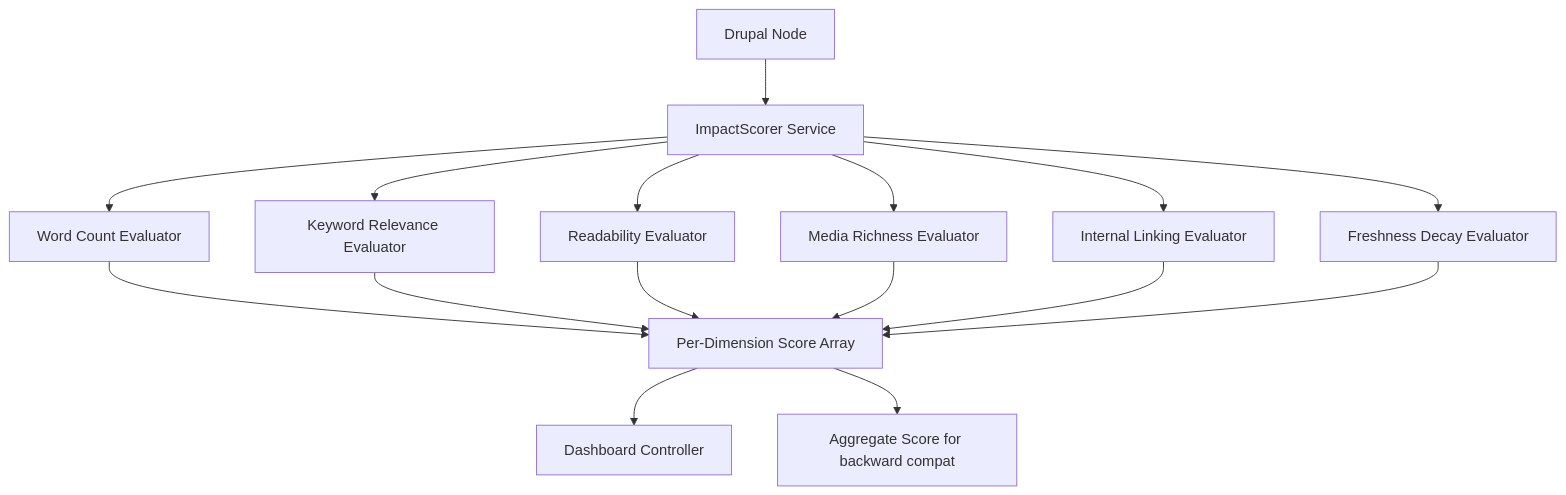
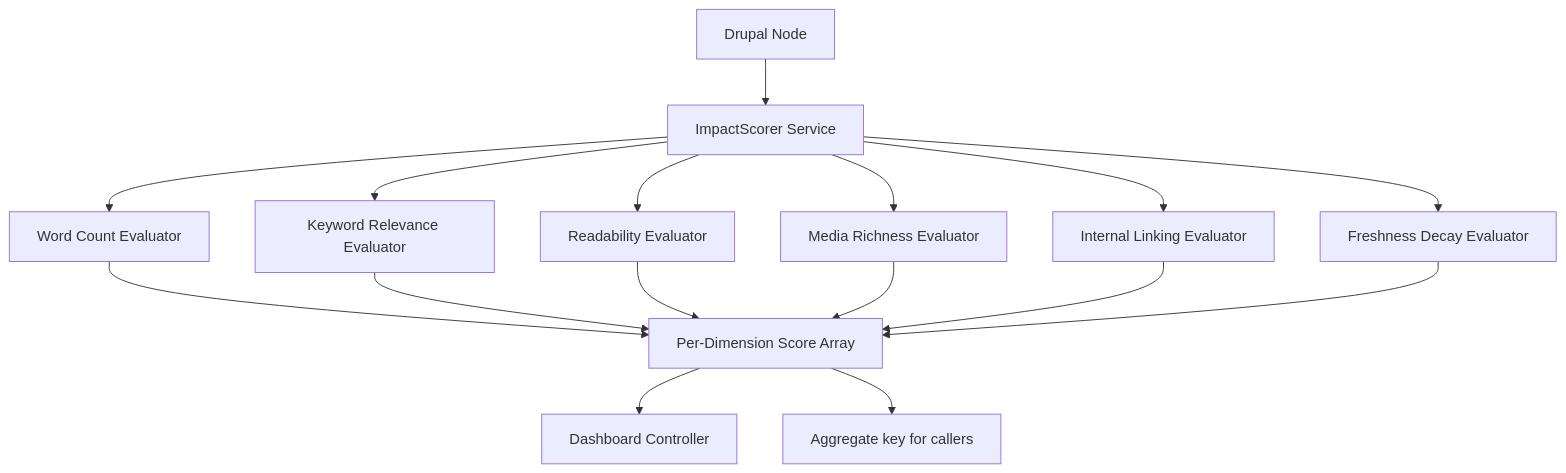
One commit to victorstack-ai/agent-blog changed the diagram in blog/build-drupal-ai-content-impact-analyzer.md. Above: the diagram before and after it, drawn with Mermaid. The commit also changed other lines of this file and 30 other files, not shown here.

````diff
--- a/blog/build-drupal-ai-content-impact-analyzer.md
+++ b/blog/build-drupal-ai-content-impact-analyzer.md
@@ -29,18 +29,18 @@
 ```mermaid
 flowchart TD
     A[Drupal Node] --> B[ImpactScorer Service]
     B --> C[Word Count Evaluator]
     B --> D[Keyword Relevance Evaluator]
     B --> E[Readability Evaluator]
     B --> F[Media Richness Evaluator]
     B --> G[Internal Linking Evaluator]
     B --> H[Freshness Decay Evaluator]
     C --> I[Per-Dimension Score Array]
     D --> I
     E --> I
     F --> I
     G --> I
     H --> I
     I --> J[Dashboard Controller]
-    I --> K[Aggregate Score for backward compat]
+    I --> K[Aggregate key for callers]
 ```
````
